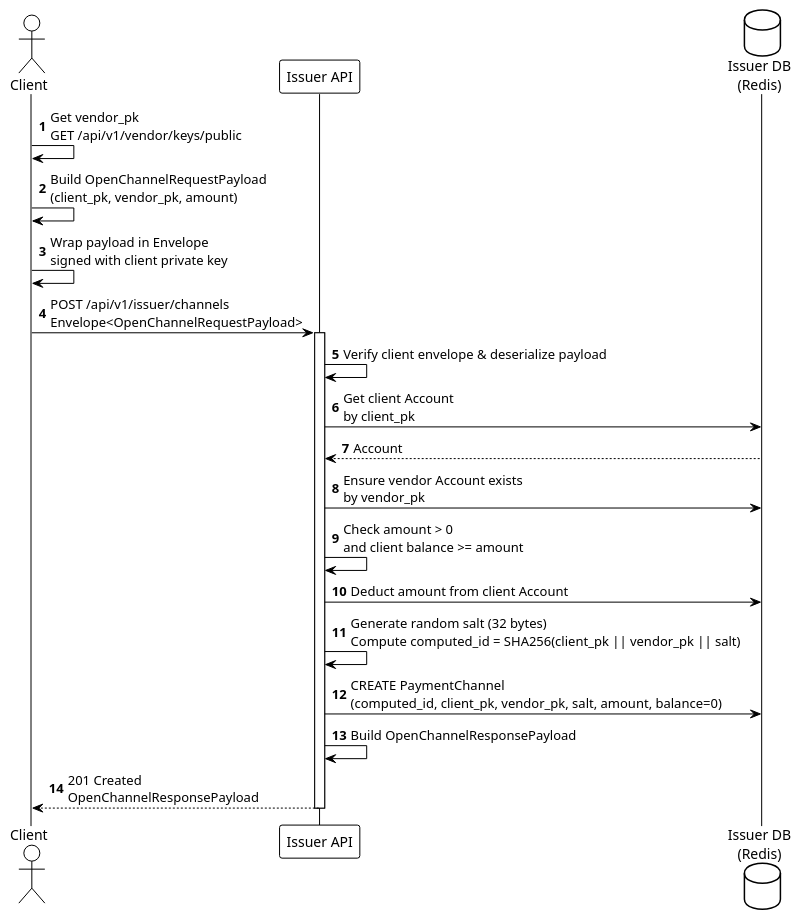
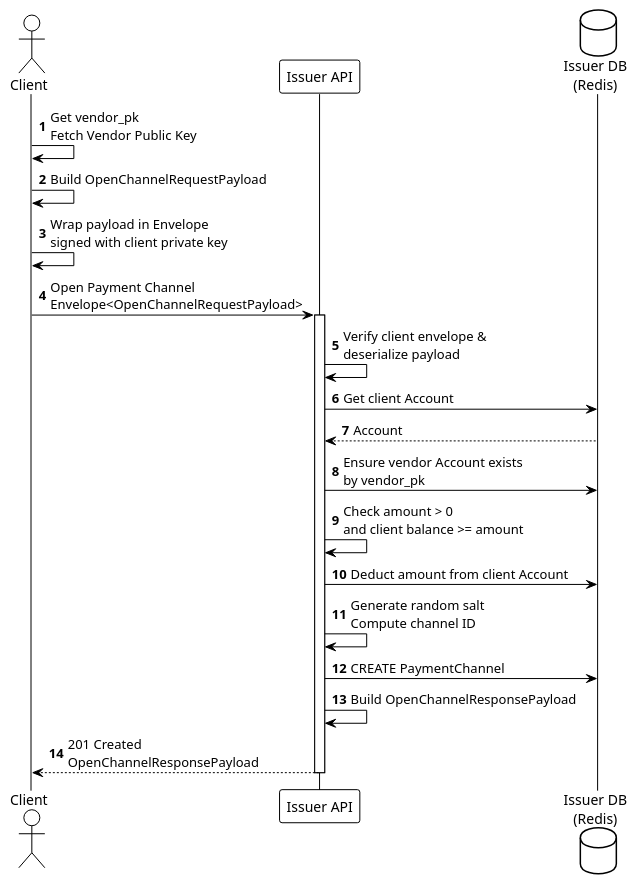
One commit to otaviootavio/nanomoni changed the diagram in umls/phase1b-channel-opening.puml. Above: the diagram before and after it, drawn with PlantUML. The commit also changed 6 other files, not shown here.

Commit message:
update uml

```diff
--- a/umls/phase1b-channel-opening.puml
+++ b/umls/phase1b-channel-opening.puml
@@ -1,36 +1,36 @@
 @startuml Phase1b_Channel_Opening
 
 !theme plain
 autonumber
 
 actor "Client" as Client
 participant "Issuer API" as Issuer
 database "Issuer DB\n(Redis)" as IssuerDB
 
-Client -> Client: Get vendor_pk\nGET /api/v1/vendor/keys/public
+Client -> Client: Get vendor_pk\nFetch Vendor Public Key
 
-Client -> Client: Build OpenChannelRequestPayload\n(client_pk, vendor_pk, amount)
+Client -> Client: Build OpenChannelRequestPayload
 Client -> Client: Wrap payload in Envelope\nsigned with client private key
 
-Client -> Issuer: POST /api/v1/issuer/channels\nEnvelope<OpenChannelRequestPayload>
+Client -> Issuer: Open Payment Channel\nEnvelope<OpenChannelRequestPayload>
 activate Issuer
 
-Issuer -> Issuer: Verify client envelope & deserialize payload
+Issuer -> Issuer: Verify client envelope &\ndeserialize payload
 
 
-Issuer -> IssuerDB: Get client Account\nby client_pk
+Issuer -> IssuerDB: Get client Account
 IssuerDB --> Issuer: Account
 
 Issuer -> IssuerDB: Ensure vendor Account exists\nby vendor_pk
 
 Issuer -> Issuer: Check amount > 0\nand client balance >= amount
 Issuer -> IssuerDB: Deduct amount from client Account
 
-Issuer -> Issuer: Generate random salt (32 bytes)\nCompute computed_id = SHA256(client_pk || vendor_pk || salt)
-Issuer -> IssuerDB: CREATE PaymentChannel\n(computed_id, client_pk, vendor_pk, salt, amount, balance=0)
+Issuer -> Issuer: Generate random salt\nCompute channel ID
+Issuer -> IssuerDB: CREATE PaymentChannel
 
 Issuer -> Issuer: Build OpenChannelResponsePayload
 Issuer --> Client: 201 Created\nOpenChannelResponsePayload
 deactivate Issuer
 
 @enduml
```
